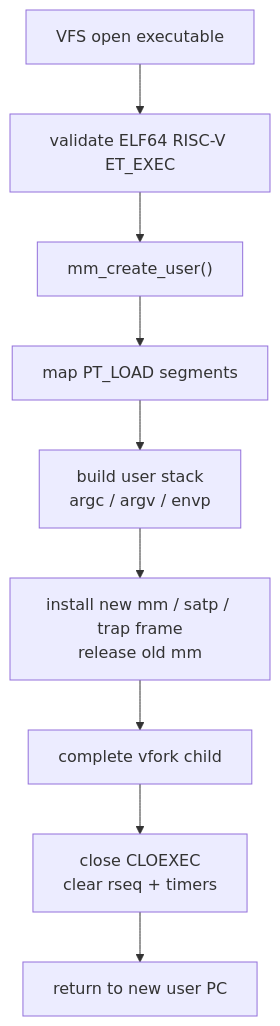
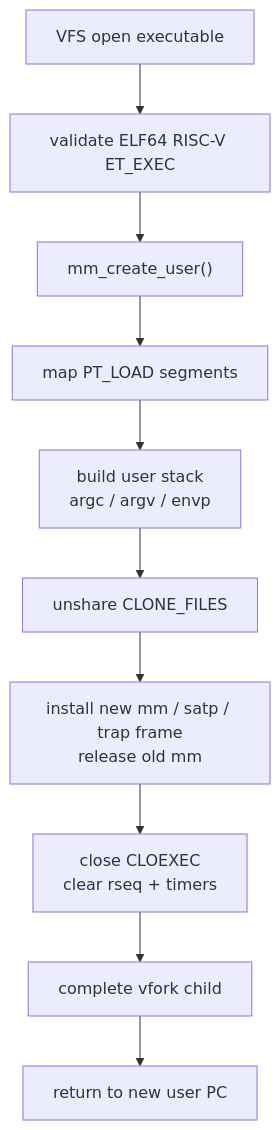
Before and after one commit to pillow-zx/CuteOS: the third of 4 diagrams in docs/architecture/task.md, drawn with Mermaid. The commit also changed other lines of this file and 9 other files, not shown here.

Commit message:
vfs: unshare fdtable before exec close-on-exec cleanup

````diff
--- a/docs/architecture/task.md
+++ b/docs/architecture/task.md
@@ -248,14 +248,15 @@
 ```mermaid
 flowchart TD
     Open["VFS open executable"]
     ELF["validate ELF64 RISC-V ET_EXEC"]
     NewMM["mm_create_user()"]
     Segments["map PT_LOAD segments"]
     Stack["build user stack<br/>argc / argv / envp"]
+    Unshare["unshare CLONE_FILES"]
     Install["install new mm / satp / trap frame<br/>release old mm"]
+    Cleanup["close CLOEXEC<br/>clear rseq + timers"]
     VforkComplete["complete vfork child"]
-    Cleanup["close CLOEXEC<br/>clear rseq + timers"]
     User["return to new user PC"]
 
-    Open --> ELF --> NewMM --> Segments --> Stack --> Install --> VforkComplete --> Cleanup --> User
+    Open --> ELF --> NewMM --> Segments --> Stack --> Unshare --> Install --> Cleanup --> VforkComplete --> User
 ```
````
